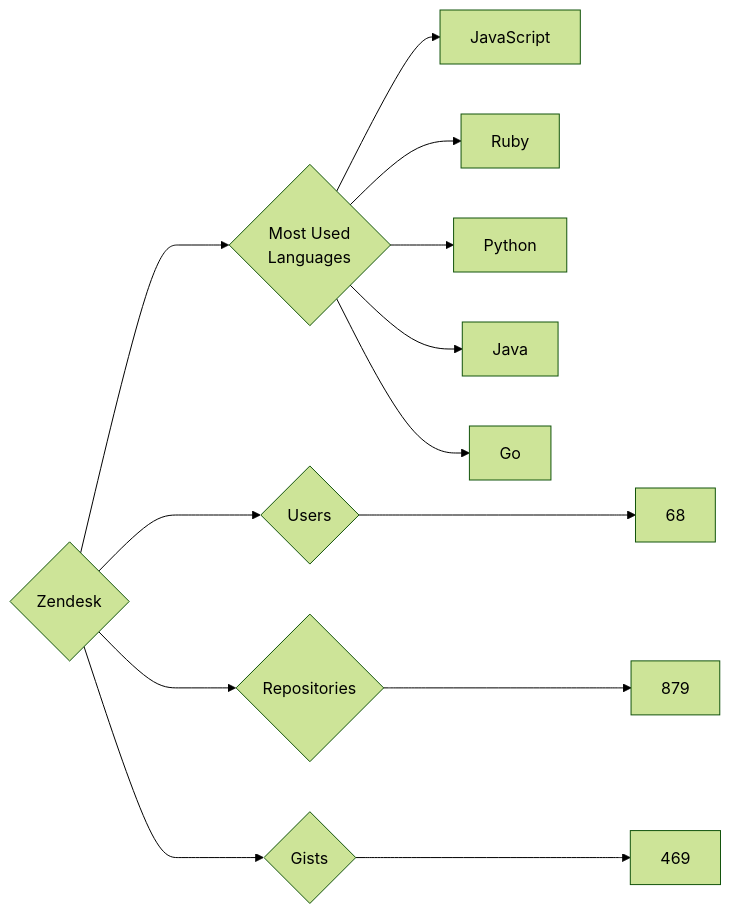
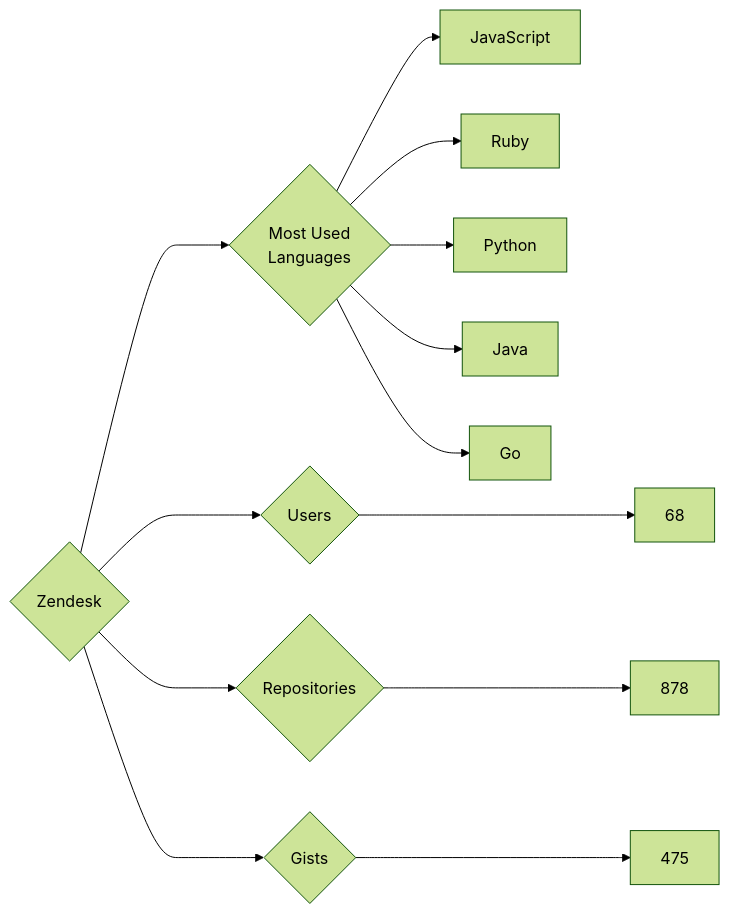
One commit to trickest/insiders changed the diagram in targets/Zendesk/README.md. Above: the diagram before and after it, drawn with Mermaid (forest theme). The commit also changed 1011 other files, not shown here.

````diff
--- a/targets/Zendesk/README.md
+++ b/targets/Zendesk/README.md
@@ -3,13 +3,13 @@
 ```mermaid
 graph LR
 COMPANY_NAME{Zendesk}
 COMPANY_NAME ---> U{Users} ---> UN[68]
-COMPANY_NAME ---> R{Repositories} ---> RN[879]
-COMPANY_NAME ---> G{Gists} ---> GN[469]
+COMPANY_NAME ---> R{Repositories} ---> RN[878]
+COMPANY_NAME ---> G{Gists} ---> GN[475]
 COMPANY_NAME ---> ML{Most Used<br>Languages}
 ML --> JavaScript[JavaScript]
 ML --> Ruby[Ruby]
 ML --> Python[Python]
 ML --> Java[Java]
 ML --> Go[Go]
 ```
````
